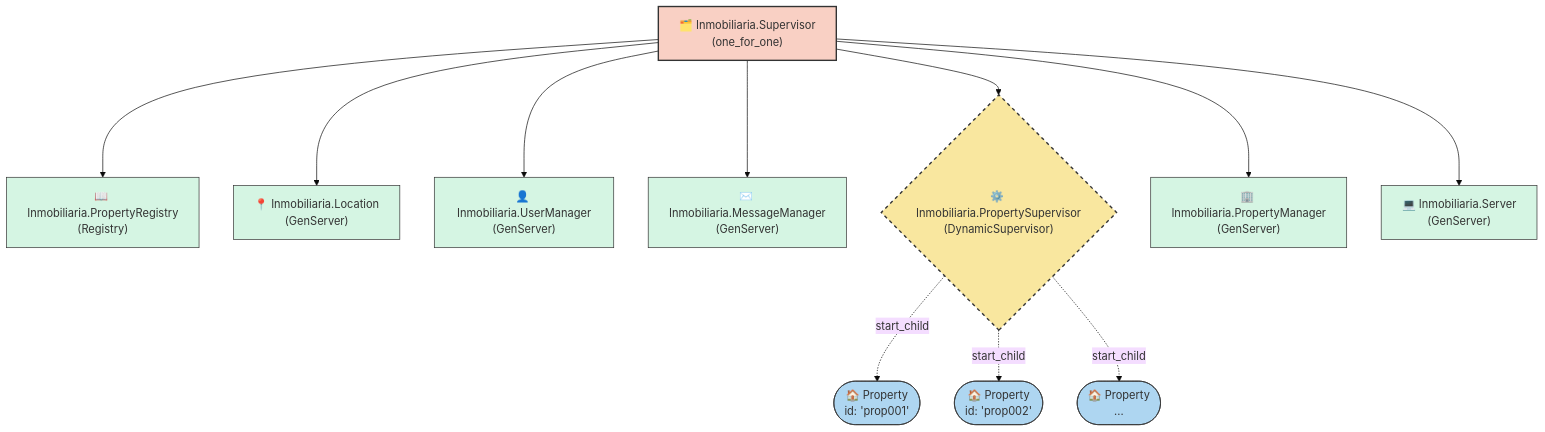
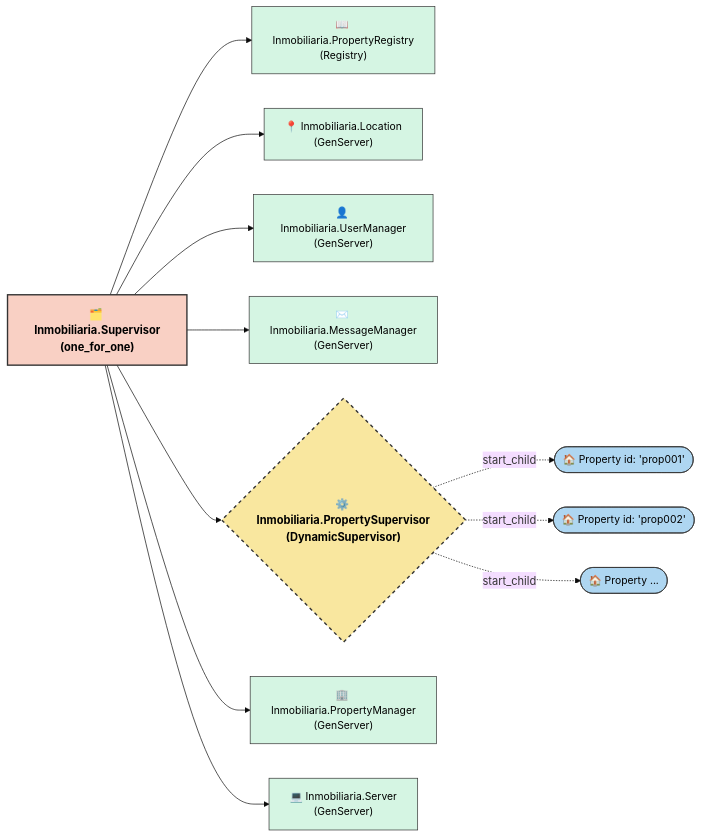
The diagram in inmobiliaria/README.md (Juanes0609/Talleres_Elixir), drawn with Mermaid (base theme) before and after one commit. The commit also changed 1 other file, not shown here.

Commit message:
Cambios al mix.exs y README.md

````diff
--- a/inmobiliaria/README.md
+++ b/inmobiliaria/README.md
@@ -1,44 +1,44 @@
 ```mermaid
-graph TD
+graph LR
     %% Supervisor Principal
     Root["🗂️ Inmobiliaria.Supervisor<br>(one_for_one)"]
 
     %% Procesos Hijos Directos
     Reg["📖 Inmobiliaria.PropertyRegistry<br>(Registry)"]
     Loc["📍 Inmobiliaria.Location<br>(GenServer)"]
     Usr["👤 Inmobiliaria.UserManager<br>(GenServer)"]
     Msg["✉️ Inmobiliaria.MessageManager<br>(GenServer)"]
     PropSup{"⚙️ Inmobiliaria.PropertySupervisor<br>(DynamicSupervisor)"}
     PropMgr["🏢 Inmobiliaria.PropertyManager<br>(GenServer)"]
     Srv["💻 Inmobiliaria.Server<br>(GenServer)"]
 
     %% Propiedades Dinámicas
-    P1(["🏠 Property<br>id: 'prop001'"])
-    P2(["🏠 Property<br>id: 'prop002'"])
-    PN(["🏠 Property<br>..."])
+    P1(["🏠 Property id: 'prop001'"])
+    P2(["🏠 Property id: 'prop002'"])
+    PN(["🏠 Property ..."])
 
     %% Conexiones del Supervisor Principal a sus hijos
     Root --> Reg
     Root --> Loc
     Root --> Usr
     Root --> Msg
     Root --> PropSup
     Root --> PropMgr
     Root --> Srv
 
     %% Conexiones del Supervisor Dinámico a sus procesos
     PropSup -. "start_child" .-> P1
     PropSup -. "start_child" .-> P2
     PropSup -. "start_child" .-> PN
 
-    %% Estilos para diferenciar tipos de procesos
-    classDef supervisor fill:#f9d0c4,stroke:#333,stroke-width:2px;
-    classDef dynSupervisor fill:#f9e79f,stroke:#333,stroke-width:2px,stroke-dasharray: 5 5;
-    classDef worker fill:#d5f5e3,stroke:#333,stroke-width:1px;
-    classDef dynamicWorker fill:#aed6f1,stroke:#333,stroke-width:1px;
+    %% Estilos para diferenciar tipos de procesos con letras más grandes
+    classDef supervisor fill:#f9d0c4,stroke:#333,stroke-width:2px,font-size:16px,font-weight:bold,color:#000;
+    classDef dynSupervisor fill:#f9e79f,stroke:#333,stroke-width:2px,stroke-dasharray: 5 5,font-size:16px,font-weight:bold,color:#000;
+    classDef worker fill:#d5f5e3,stroke:#333,stroke-width:1px,font-size:15px,color:#000;
+    classDef dynamicWorker fill:#aed6f1,stroke:#333,stroke-width:1px,font-size:15px,color:#000;
 
     class Root supervisor;
     class PropSup dynSupervisor;
     class Reg,Loc,Usr,Msg,PropMgr,Srv worker;
     class P1,P2,PN dynamicWorker;
 ```
````
